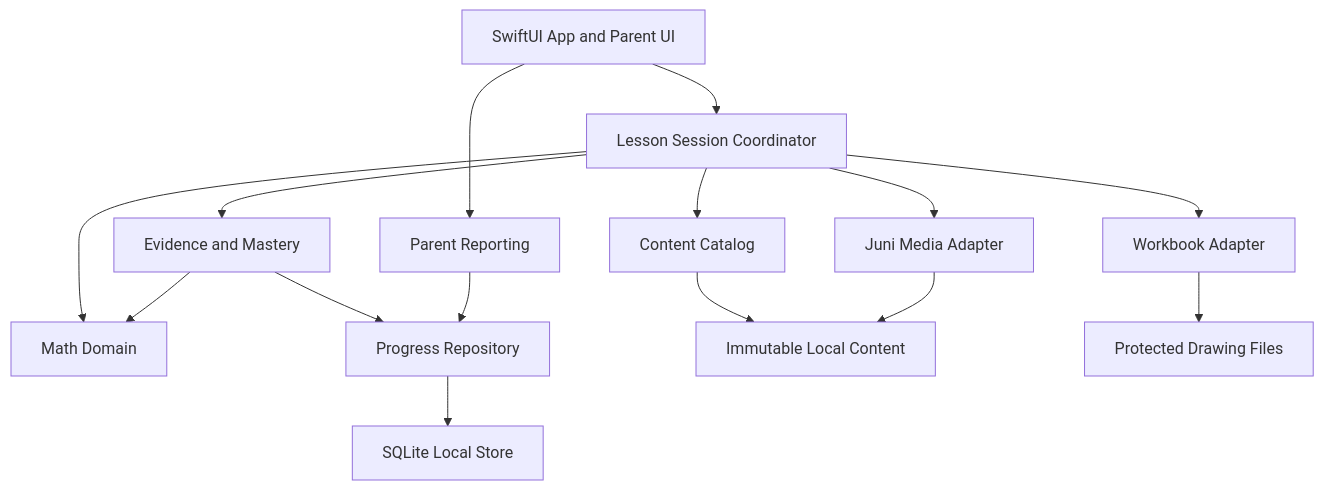
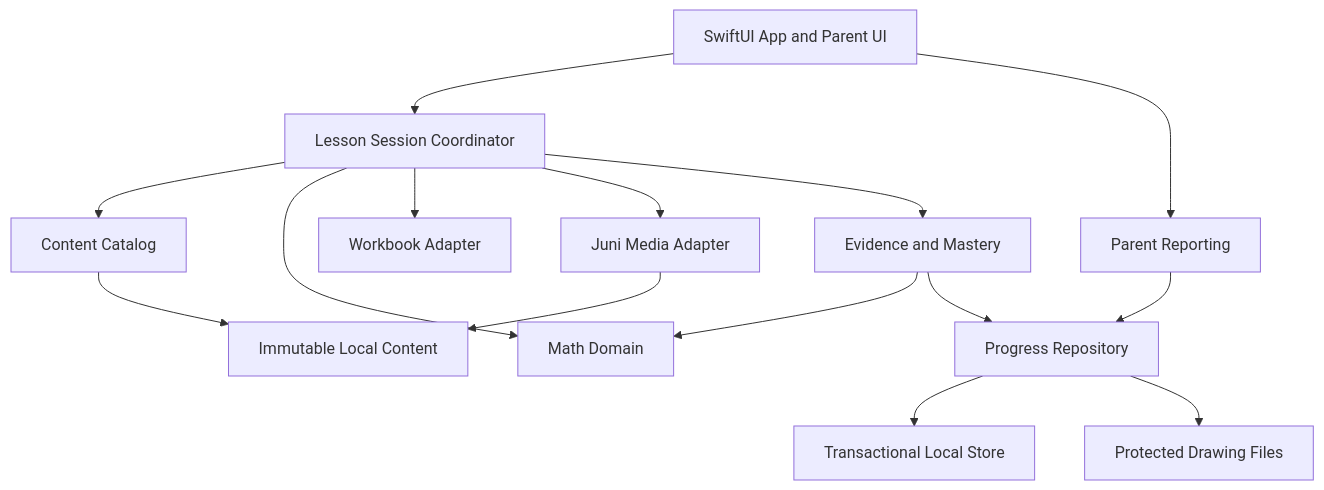
One commit to binbas0901/Singapore-math-with-Juni changed the diagram in docs/ARCHITECTURE.md. Above: the diagram before and after it, drawn with Mermaid. The commit also changed other lines of this file, not shown here.

Commit message:
IOS-001 Resolve independent architecture review findings

````diff
--- a/docs/ARCHITECTURE.md
+++ b/docs/ARCHITECTURE.md
@@ -22,17 +32,17 @@
 ```mermaid
 flowchart TD
   UI[SwiftUI App and Parent UI] --> S[Lesson Session Coordinator]
   UI --> R[Parent Reporting]
   S --> C[Content Catalog]
   S --> M[Math Domain]
   S --> W[Workbook Adapter]
   S --> J[Juni Media Adapter]
   S --> E[Evidence and Mastery]
   E --> M
   E --> P[Progress Repository]
   R --> P
   C --> B[Immutable Local Content]
-  P --> DB[SQLite Local Store]
-  W --> F[Protected Drawing Files]
+  P --> DB[Transactional Local Store]
+  P --> F[Protected Drawing Files]
   J --> B
 ```
````
